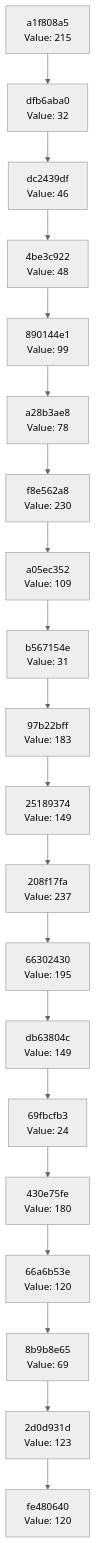
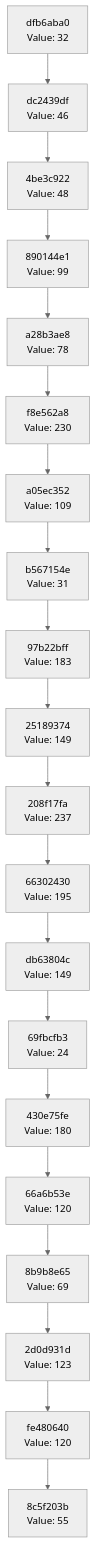
One commit to Abhisheksinha1506/hash-chain-evolver changed the diagram in docs/CHAIN_VISUALIZATION.md. Above: the diagram before and after it, drawn with Mermaid (neutral theme). The commit also changed 2 other files, not shown here.

Commit message:
Evolution step: hash 0x37 → action executed

````diff
--- a/docs/CHAIN_VISUALIZATION.md
+++ b/docs/CHAIN_VISUALIZATION.md
@@ -3,42 +3,42 @@
 ```mermaid
 graph TD
-    C0["fe480640<br/>Value: 120"]
-    C1["2d0d931d<br/>Value: 123"]
+    C0["8c5f203b<br/>Value: 55"]
+    C1["fe480640<br/>Value: 120"]
     C1 --> C0
-    C2["8b9b8e65<br/>Value: 69"]
+    C2["2d0d931d<br/>Value: 123"]
     C2 --> C1
-    C3["66a6b53e<br/>Value: 120"]
+    C3["8b9b8e65<br/>Value: 69"]
     C3 --> C2
-    C4["430e75fe<br/>Value: 180"]
+    C4["66a6b53e<br/>Value: 120"]
     C4 --> C3
-    C5["69fbcfb3<br/>Value: 24"]
+    C5["430e75fe<br/>Value: 180"]
     C5 --> C4
-    C6["db63804c<br/>Value: 149"]
+    C6["69fbcfb3<br/>Value: 24"]
     C6 --> C5
-    C7["66302430<br/>Value: 195"]
+    C7["db63804c<br/>Value: 149"]
     C7 --> C6
-    C8["208f17fa<br/>Value: 237"]
+    C8["66302430<br/>Value: 195"]
     C8 --> C7
-    C9["25189374<br/>Value: 149"]
+    C9["208f17fa<br/>Value: 237"]
     C9 --> C8
-    C10["97b22bff<br/>Value: 183"]
+    C10["25189374<br/>Value: 149"]
     C10 --> C9
-    C11["b567154e<br/>Value: 31"]
+    C11["97b22bff<br/>Value: 183"]
     C11 --> C10
-    C12["a05ec352<br/>Value: 109"]
+    C12["b567154e<br/>Value: 31"]
     C12 --> C11
-    C13["f8e562a8<br/>Value: 230"]
+    C13["a05ec352<br/>Value: 109"]
     C13 --> C12
-    C14["a28b3ae8<br/>Value: 78"]
+    C14["f8e562a8<br/>Value: 230"]
     C14 --> C13
-    C15["890144e1<br/>Value: 99"]
+    C15["a28b3ae8<br/>Value: 78"]
     C15 --> C14
-    C16["4be3c922<br/>Value: 48"]
+    C16["890144e1<br/>Value: 99"]
     C16 --> C15
-    C17["dc2439df<br/>Value: 46"]
+    C17["4be3c922<br/>Value: 48"]
     C17 --> C16
-    C18["dfb6aba0<br/>Value: 32"]
+    C18["dc2439df<br/>Value: 46"]
     C18 --> C17
-    C19["a1f808a5<br/>Value: 215"]
+    C19["dfb6aba0<br/>Value: 32"]
     C19 --> C18
 ```
````
